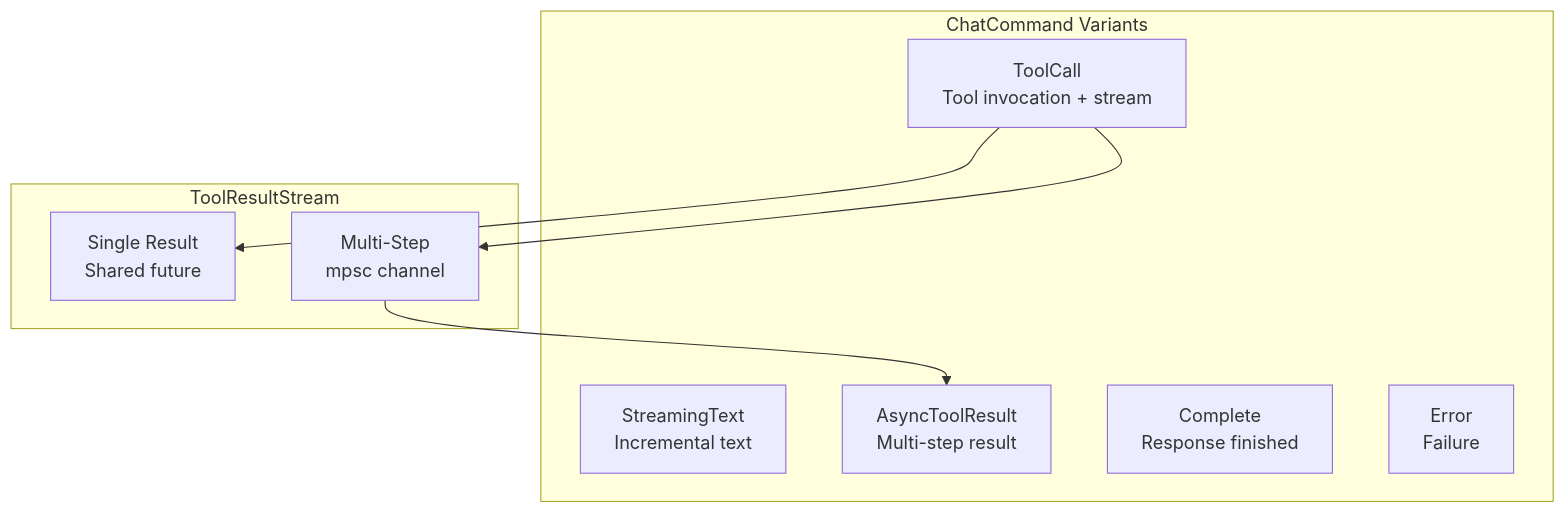
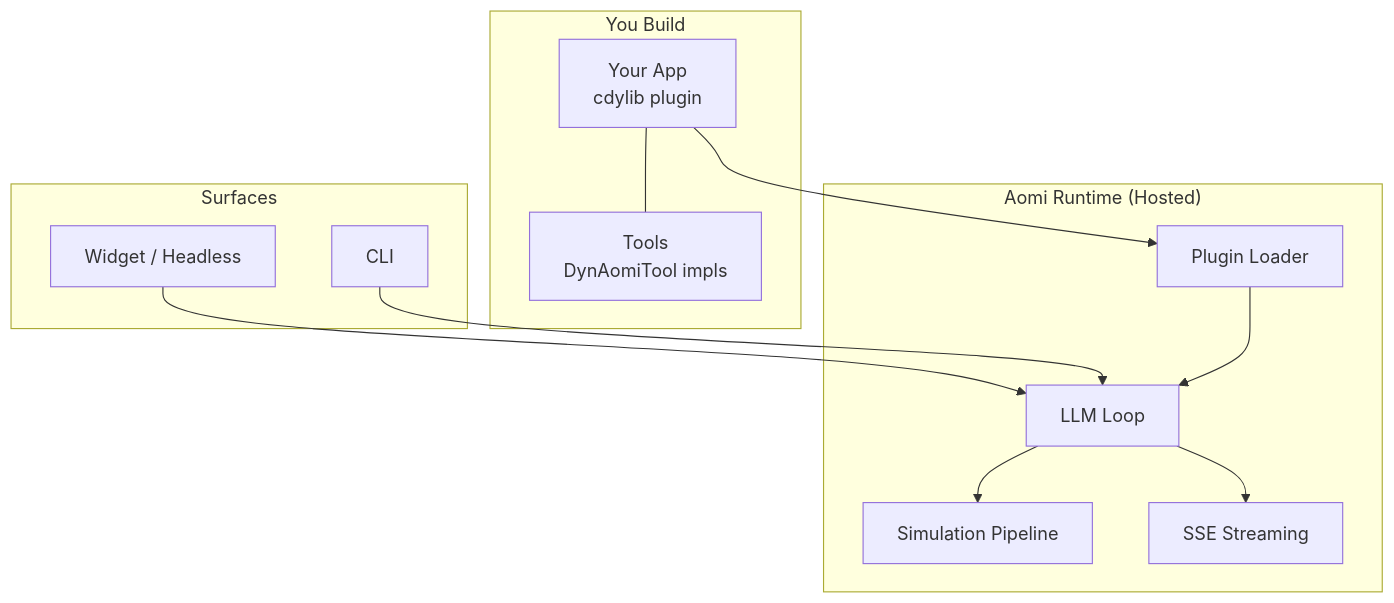
One commit to aomi-labs/docs changed the first of 2 diagrams in concepts/architecture.mdx. Above: the diagram before and after it, drawn with Mermaid. The commit also changed other lines of this file and 31 other files, not shown here.

````diff
--- a/concepts/architecture.mdx
+++ b/concepts/architecture.mdx
@@ -292,19 +20,27 @@
 ```mermaid
-flowchart TD
-    subgraph "ChatCommand Variants"
-        ST[StreamingText<br/>Incremental text]
-        TC[ToolCall<br/>Tool invocation + stream]
-        ATR[AsyncToolResult<br/>Multi-step result]
-        COMP[Complete<br/>Response finished]
-        ERR[Error<br/>Failure]
+graph TB
+    subgraph "You Build"
+        APP[Your App<br/>cdylib plugin]
+        TOOLS[Tools<br/>DynAomiTool impls]
+        APP --- TOOLS
     end
 
-    subgraph "ToolResultStream"
-        SINGLE[Single Result<br/>Shared future]
-        MULTI[Multi-Step<br/>mpsc channel]
+    subgraph "Aomi Runtime (Hosted)"
+        LOADER[Plugin Loader]
+        LLM[LLM Loop]
+        SIM[Simulation Pipeline]
+        STREAM[SSE Streaming]
     end
 
-    TC --> SINGLE
-    TC --> MULTI
-    MULTI --> ATR
+    subgraph "Surfaces"
+        WIDGET[Widget / Headless]
+        CLI[CLI]
+    end
+
+    WIDGET --> LLM
+    CLI --> LLM
+    APP --> LOADER
+    LOADER --> LLM
+    LLM --> SIM
+    LLM --> STREAM
 ```
````
